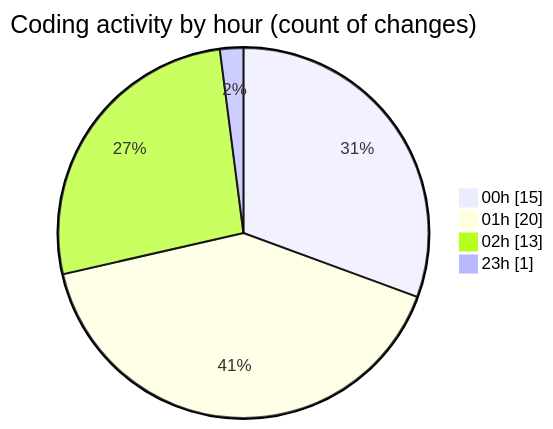
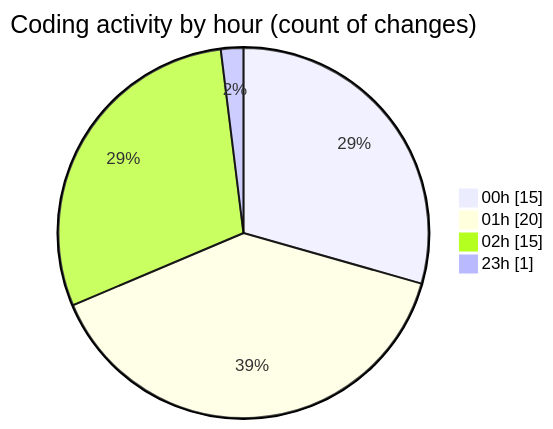
One commit to lephambinh05/code-tracking changed the second of 2 diagrams in 2025-08-04/studybuddy/README.md. Above: the diagram before and after it, drawn with Mermaid. The commit also changed other lines of this file and 1 other file, not shown here.

````diff
--- a/2025-08-04/studybuddy/README.md
+++ b/2025-08-04/studybuddy/README.md
@@ -45,8 +46,8 @@
 ```mermaid
 pie showData
 title Coding activity by hour (count of changes)
 "00h" : 15
 "01h" : 20
-"02h" : 13
+"02h" : 15
 "23h" : 1
 ```
````
